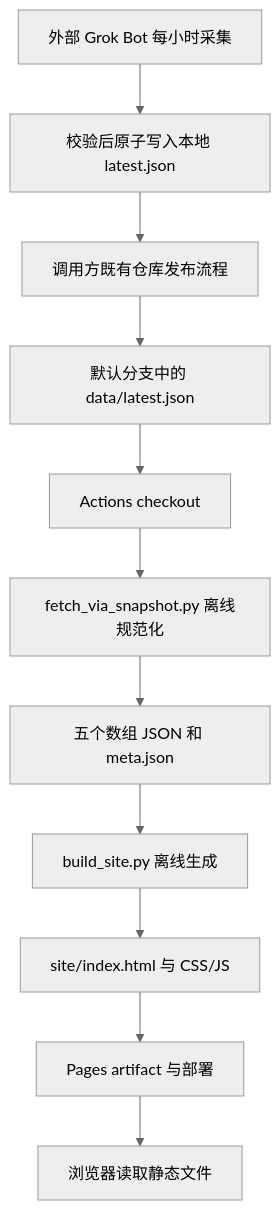
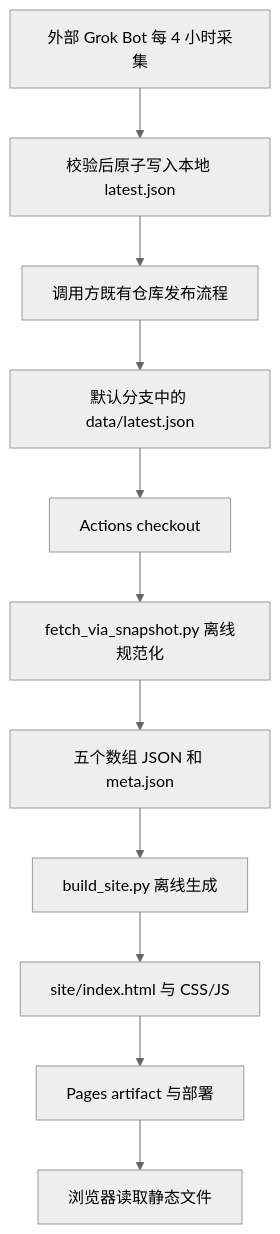
One commit to g-186442733/x-ai-news changed the diagram in docs/NAVIGATOR_PLAN.md. Above: the diagram before and after it, drawn with Mermaid (neutral theme). The commit also changed other lines of this file and 2 other files, not shown here.

````diff
--- a/docs/NAVIGATOR_PLAN.md
+++ b/docs/NAVIGATOR_PLAN.md
@@ -85,13 +85,13 @@
 ```mermaid
 flowchart TD
-    A[外部 Grok Bot 每小时采集] --> B[校验后原子写入本地 latest.json]
+    A[外部 Grok Bot 每 4 小时采集] --> B[校验后原子写入本地 latest.json]
     B --> C[调用方既有仓库发布流程]
     C --> D[默认分支中的 data/latest.json]
     D --> E[Actions checkout]
     E --> F[fetch_via_snapshot.py 离线规范化]
     F --> G[五个数组 JSON 和 meta.json]
     G --> H[build_site.py 离线生成]
     H --> I[site/index.html 与 CSS/JS]
     I --> J[Pages artifact 与部署]
     J --> K[浏览器读取静态文件]
 ```
````
